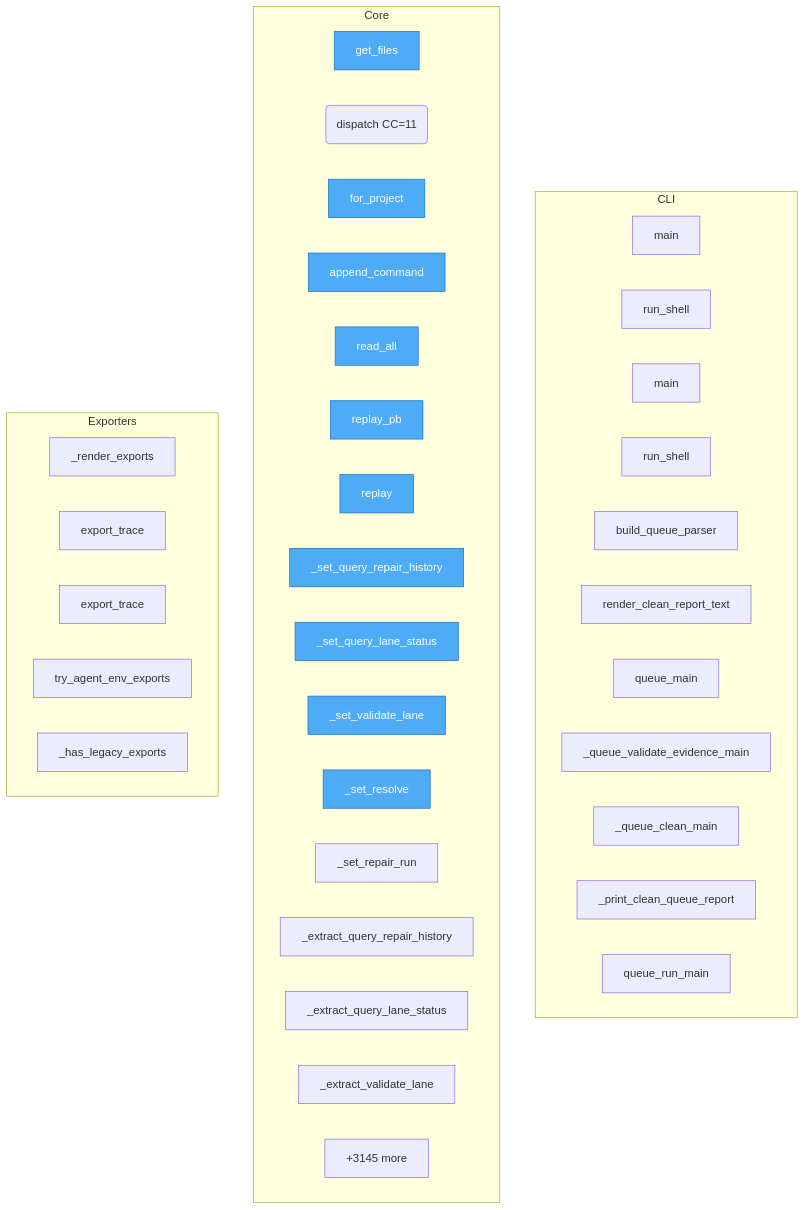
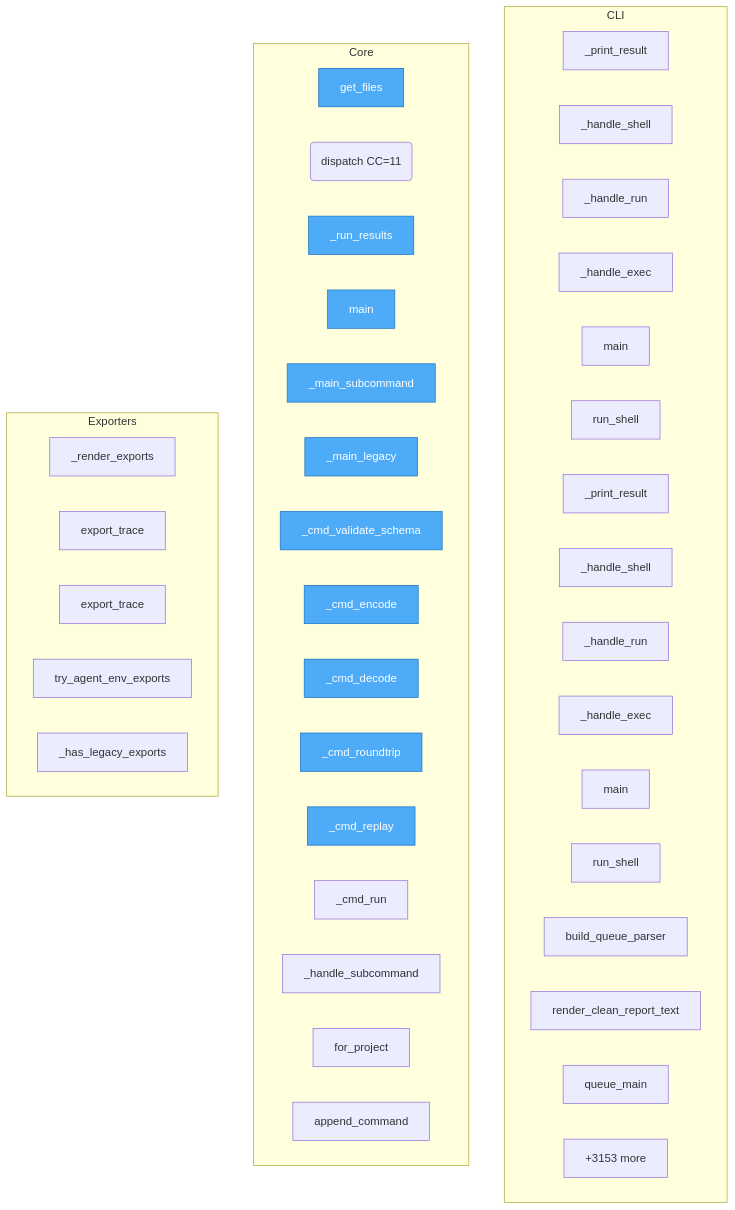
The diagram in project/flow.mmd (semcod/koru), drawn with Mermaid before and after one commit. The commit also changed 37 other files, not shown here.

```diff
--- a/project/flow.mmd
+++ b/project/flow.mmd
@@ -1,48 +1,53 @@
 flowchart TD
-%% generated in 1.20s
+%% generated in 2.81s
 
     %% Entry points (blue)
     classDef entry fill:#4dabf7,stroke:#1971c2,color:#fff
 
     subgraph CLI
+        packages__cli2koru__src__cli2koru__cli___print_result["_print_result"]
+        packages__cli2koru__src__cli2koru__cli___handle_shell["_handle_shell"]
+        packages__cli2koru__src__cli2koru__cli___handle_run["_handle_run"]
+        packages__cli2koru__src__cli2koru__cli___handle_exec["_handle_exec"]
         packages__cli2koru__src__cli2koru__cli__main["main"]
         packages__cli2koru__src__cli2koru__shell__run_shell["run_shell"]
+        packages__cli2coru__src__cli2coru__cli___print_result["_print_result"]
+        packages__cli2coru__src__cli2coru__cli___handle_shell["_handle_shell"]
+        packages__cli2coru__src__cli2coru__cli___handle_run["_handle_run"]
+        packages__cli2coru__src__cli2coru__cli___handle_exec["_handle_exec"]
         packages__cli2coru__src__cli2coru__cli__main["main"]
         packages__cli2coru__src__cli2coru__shell__run_shell["run_shell"]
         koru__cli_queue__build_queue_parser["build_queue_parser"]
         koru__cli_queue__render_clean_report_text["render_clean_report_text"]
         koru__cli_queue__queue_main["queue_main"]
-        koru__cli_queue___queue_validate_evidence_main["_queue_validate_evidence_main"]
-        koru__cli_queue___queue_clean_main["_queue_clean_main"]
-        koru__cli_queue___print_clean_queue_report["_print_clean_queue_report"]
-        koru__cli_queue__queue_run_main["queue_run_main"]
+        ...["+4 more"]
     end
 
     subgraph Core
         check_dups__get_files["get_files"]
         packages__dsl2koru__src__dsl2koru__bus__dispatch("dispatch CC=11")
+        packages__dsl2koru__src__dsl2koru__cli___run_results["_run_results"]
+        packages__dsl2koru__src__dsl2koru__cli__main["main"]
+        packages__dsl2koru__src__dsl2koru__cli___main_subcommand["_main_subcommand"]
+        packages__dsl2koru__src__dsl2koru__cli___main_legacy["_main_legacy"]
+        packages__dsl2koru__src__dsl2koru__cli___cmd_validate_schema["_cmd_validate_schema"]
+        packages__dsl2koru__src__dsl2koru__cli___cmd_encode["_cmd_encode"]
+        packages__dsl2koru__src__dsl2koru__cli___cmd_decode["_cmd_decode"]
+        packages__dsl2koru__src__dsl2koru__cli___cmd_roundtrip["_cmd_roundtrip"]
+        packages__dsl2koru__src__dsl2koru__cli___cmd_replay["_cmd_replay"]
+        packages__dsl2koru__src__dsl2koru__cli___cmd_run["_cmd_run"]
+        packages__dsl2koru__src__dsl2koru__cli___handle_subcommand["_handle_subcommand"]
         packages__dsl2koru__src__dsl2koru__events__EventStore__for_project["for_project"]
         packages__dsl2koru__src__dsl2koru__events__EventStore__append_command["append_command"]
-        packages__dsl2koru__src__dsl2koru__events__EventStore__read_all["read_all"]
-        packages__dsl2koru__src__dsl2koru__events__EventStore__replay_pb["replay_pb"]
-        packages__dsl2koru__src__dsl2koru__events__EventStore__replay["replay"]
-        packages__dsl2koru__src__dsl2koru__pb_codec___set_query_repair_history["_set_query_repair_history"]
-        packages__dsl2koru__src__dsl2koru__pb_codec___set_query_lane_status["_set_query_lane_status"]
-        packages__dsl2koru__src__dsl2koru__pb_codec___set_validate_lane["_set_validate_lane"]
-        packages__dsl2koru__src__dsl2koru__pb_codec___set_resolve["_set_resolve"]
-        packages__dsl2koru__src__dsl2koru__pb_codec___set_repair_run["_set_repair_run"]
-        packages__dsl2koru__src__dsl2koru__pb_codec___extract_query_repair_history["_extract_query_repair_history"]
-        packages__dsl2koru__src__dsl2koru__pb_codec___extract_query_lane_status["_extract_query_lane_status"]
-        packages__dsl2koru__src__dsl2koru__pb_codec___extract_validate_lane["_extract_validate_lane"]
-        ...["+3145 more"]
+        ...["+3153 more"]
     end
 
     subgraph Exporters
         packages__koruenv__src__koruenv__cli___render_exports["_render_exports"]
         packages__nlpshim__src__nlpshim__conversation_client__ConversationTestClient__export_trace["export_trace"]
         packages__nlpshim__src__nlpshim__conversation_test_api__export_trace["export_trace"]
         src__koru__agent_cli_helpers__try_agent_env_exports["try_agent_env_exports"]
         src__koru__cli___has_legacy_exports["_has_legacy_exports"]
     end
 
-    class check_dups__get_files,packages__dsl2koru__src__dsl2koru__events__EventStore__for_project,packages__dsl2koru__src__dsl2koru__events__EventStore__append_command,packages__dsl2koru__src__dsl2koru__events__EventStore__read_all,packages__dsl2koru__src__dsl2koru__events__EventStore__replay_pb,packages__dsl2koru__src__dsl2koru__events__EventStore__replay,packages__dsl2koru__src__dsl2koru__pb_codec___set_query_repair_history,packages__dsl2koru__src__dsl2koru__pb_codec___set_query_lane_status,packages__dsl2koru__src__dsl2koru__pb_codec___set_validate_lane,packages__dsl2koru__src__dsl2koru__pb_codec___set_resolve entry
+    class check_dups__get_files,packages__dsl2koru__src__dsl2koru__cli___run_results,packages__dsl2koru__src__dsl2koru__cli__main,packages__dsl2koru__src__dsl2koru__cli___main_subcommand,packages__dsl2koru__src__dsl2koru__cli___main_legacy,packages__dsl2koru__src__dsl2koru__cli___cmd_validate_schema,packages__dsl2koru__src__dsl2koru__cli___cmd_encode,packages__dsl2koru__src__dsl2koru__cli___cmd_decode,packages__dsl2koru__src__dsl2koru__cli___cmd_roundtrip,packages__dsl2koru__src__dsl2koru__cli___cmd_replay entry
```
